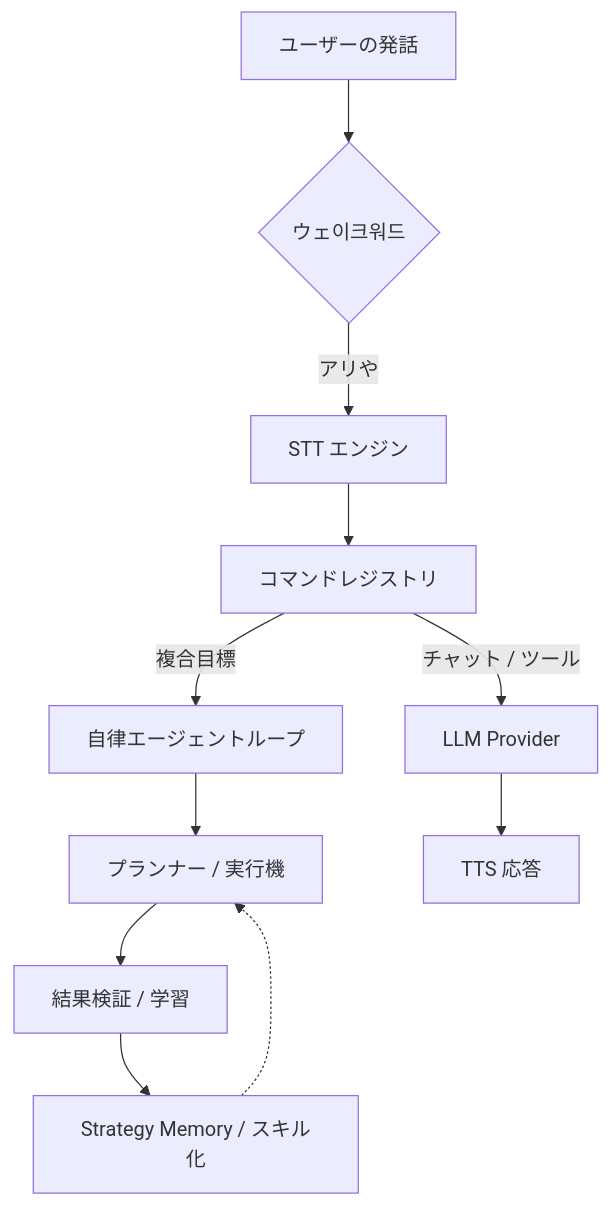
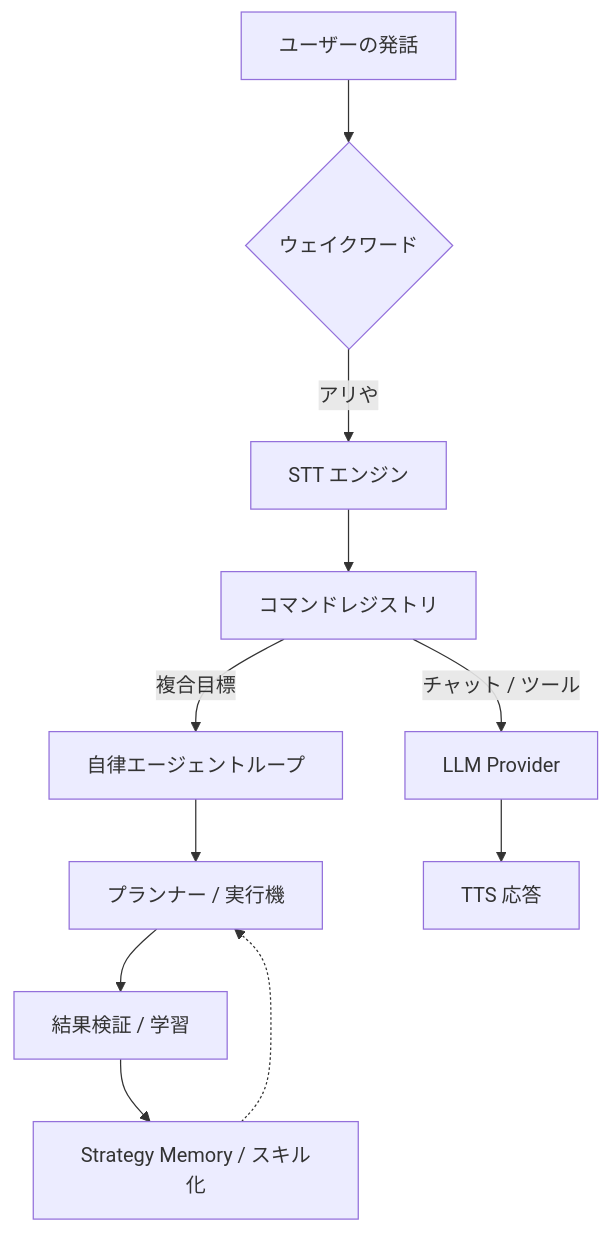
One commit to DO0OG/AI-Assistant changed the diagram in README.ja.md. Above: the diagram before and after it, drawn with Mermaid. The commit also changed other lines of this file and 2 other files, not shown here.

````diff
--- a/README.ja.md
+++ b/README.ja.md
@@ -97,13 +92,13 @@
 ```mermaid
 graph TD
-    A[ユーザーの発話] --> B{ウェ이크워드}
+    A[ユーザーの発話] --> B{ウェイクワード}
     B -- "アリや" --> C[STT エンジン]
     C --> D[コマンドレジストリ]
     D -- "複合目標" --> E[自律エージェントループ]
     E --> F[プランナー / 実行機]
     F --> G[結果検証 / 学習]
     G --> H[Strategy Memory / スキル化]
     D -- "チャット / ツール" --> I[LLM Provider]
     I --> J[TTS 応答]
     H -.-> F
 ```
````
